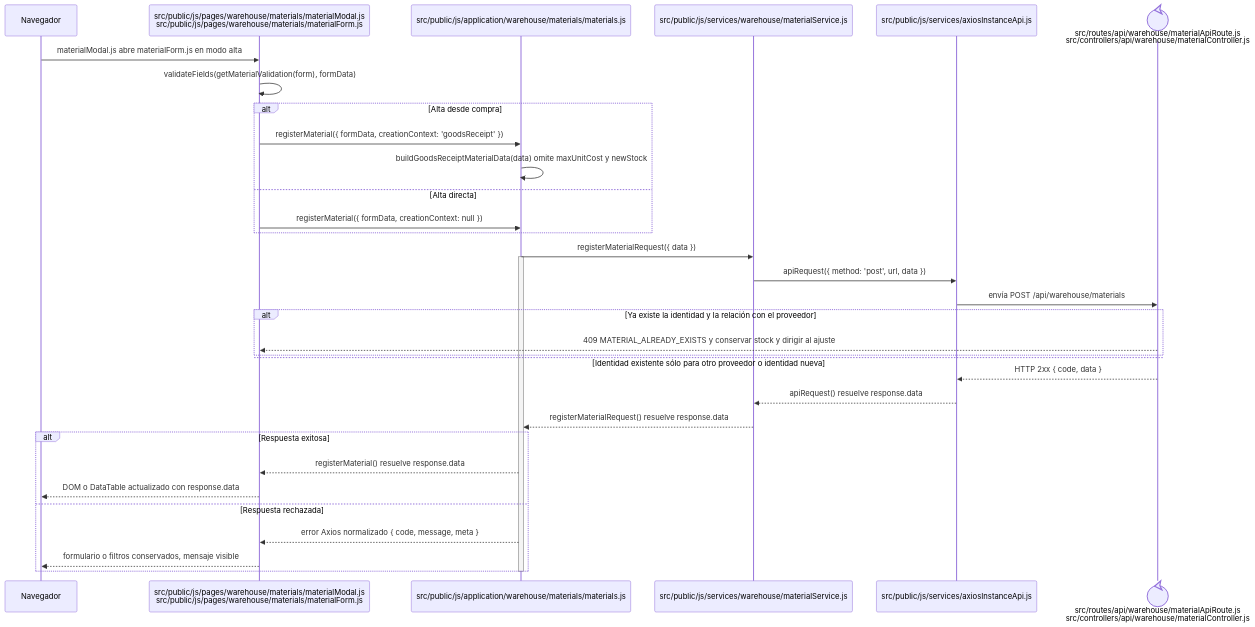
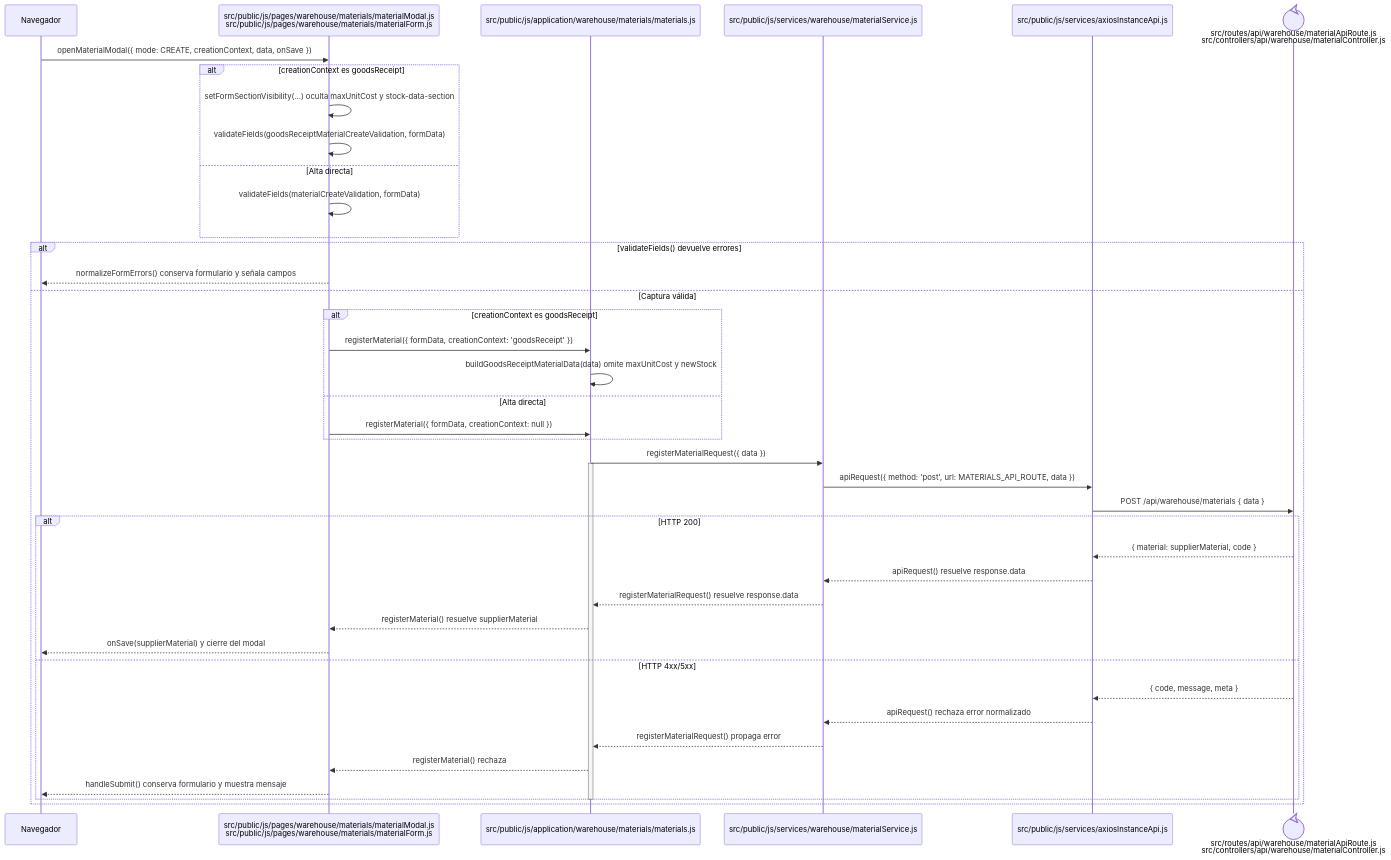
Before and after one commit to gpgsistemas01/nexus: the diagram in docs/architecture/frontend-code-sequences/catalogs/cu-alm-02.md, drawn with Mermaid. The commit also changed 18 other files, not shown here.

````diff
--- a/docs/architecture/frontend-code-sequences/catalogs/cu-alm-02.md
+++ b/docs/architecture/frontend-code-sequences/catalogs/cu-alm-02.md
@@ -6,37 +6,45 @@
 ```mermaid
 sequenceDiagram
     participant Browser as Navegador
     participant View as src/public/js/pages/warehouse/materials/materialModal.js<br/>src/public/js/pages/warehouse/materials/materialForm.js
     participant Application as src/public/js/application/warehouse/materials/materials.js
     participant Request as src/public/js/services/warehouse/materialService.js
     participant HTTP as src/public/js/services/axiosInstanceApi.js
     participant Transport@{ "type": "control" } as src/routes/api/warehouse/materialApiRoute.js<br/>src/controllers/api/warehouse/materialController.js
 
-    Browser->>View: materialModal.js abre materialForm.js en modo alta
-    View->>View: validateFields(getMaterialValidation(form), formData)
-    alt Alta desde compra
-        View->>Application: registerMaterial({ formData, creationContext: 'goodsReceipt' })
-        Application->>Application: buildGoodsReceiptMaterialData(data) omite maxUnitCost y newStock
+    Browser->>View: openMaterialModal({ mode: CREATE, creationContext, data, onSave })
+    alt creationContext es goodsReceipt
+        View->>View: setFormSectionVisibility(...) oculta maxUnitCost y stock-data-section
+        View->>View: validateFields(goodsReceiptMaterialCreateValidation, formData)
     else Alta directa
-        View->>Application: registerMaterial({ formData, creationContext: null })
+        View->>View: validateFields(materialCreateValidation, formData)
     end
-    Application->>Request: registerMaterialRequest({ data })
-    activate Application
-    Request->>HTTP: apiRequest({ method: 'post', url, data })
-    HTTP->>Transport: envía POST /api/warehouse/materials
-    alt Ya existe la identidad y la relación con el proveedor
-        Transport-->>View: 409 MATERIAL_ALREADY_EXISTS y conservar stock y dirigir al ajuste
-    else Identidad existente sólo para otro proveedor o identidad nueva
+    alt validateFields() devuelve errores
+        View-->>Browser: normalizeFormErrors() conserva formulario y señala campos
+    else Captura válida
+        alt creationContext es goodsReceipt
+            View->>Application: registerMaterial({ formData, creationContext: 'goodsReceipt' })
+            Application->>Application: buildGoodsReceiptMaterialData(data) omite maxUnitCost y newStock
+        else Alta directa
+            View->>Application: registerMaterial({ formData, creationContext: null })
+        end
+        Application->>Request: registerMaterialRequest({ data })
+        activate Application
+        Request->>HTTP: apiRequest({ method: 'post', url: MATERIALS_API_ROUTE, data })
+        HTTP->>Transport: POST /api/warehouse/materials { data }
+        alt HTTP 200
+            Transport-->>HTTP: { material: supplierMaterial, code }
+            HTTP-->>Request: apiRequest() resuelve response.data
+            Request-->>Application: registerMaterialRequest() resuelve response.data
+            Application-->>View: registerMaterial() resuelve supplierMaterial
+            View-->>Browser: onSave(supplierMaterial) y cierre del modal
+        else HTTP 4xx/5xx
+            Transport-->>HTTP: { code, message, meta }
+            HTTP-->>Request: apiRequest() rechaza error normalizado
+            Request-->>Application: registerMaterialRequest() propaga error
+            Application-->>View: registerMaterial() rechaza
+            View-->>Browser: handleSubmit() conserva formulario y muestra mensaje
+        end
+        deactivate Application
     end
-    Transport-->>HTTP: HTTP 2xx { code, data }
-    HTTP-->>Request: apiRequest() resuelve response.data
-    Request-->>Application: registerMaterialRequest() resuelve response.data
-    alt Respuesta exitosa
-        Application-->>View: registerMaterial() resuelve response.data
-        View-->>Browser: DOM o DataTable actualizado con response.data
-    else Respuesta rechazada
-        Application-->>View: error Axios normalizado { code, message, meta }
-        View-->>Browser: formulario o filtros conservados, mensaje visible
-    end
-    deactivate Application
 ```
````
